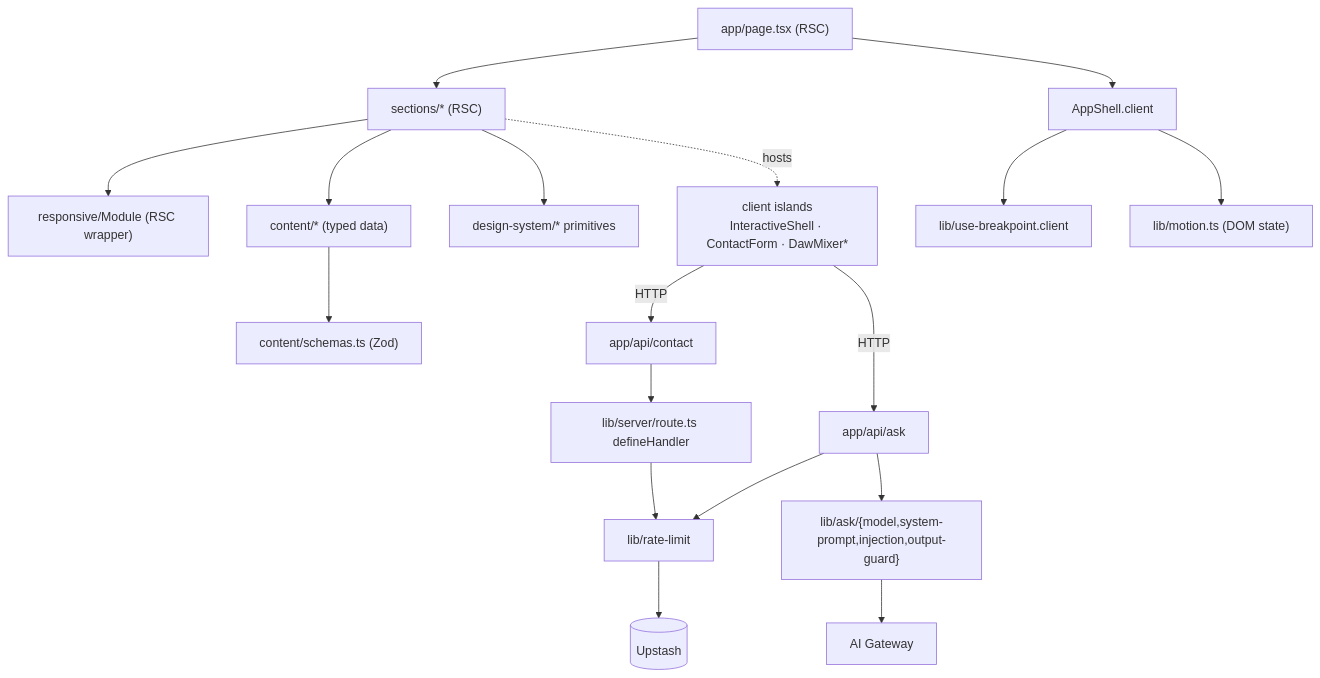
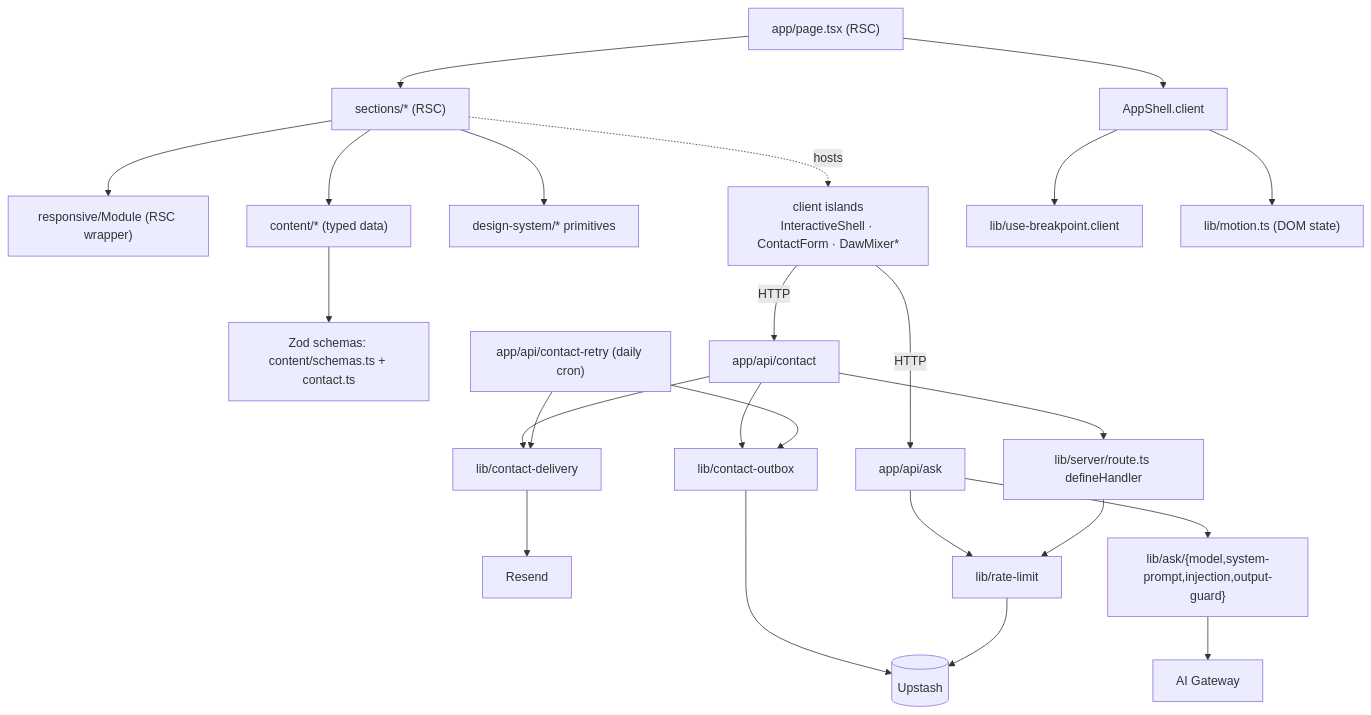
The third of 3 diagrams in docs/01-architecture.md (erikunha/portfolio), drawn with Mermaid before and after one commit. The commit also changed other lines of this file and 21 other files, not shown here.

First line of the commit message:
feat(contact): honest delivery result and daily outbox retry

````diff
--- a/docs/01-architecture.md
+++ b/docs/01-architecture.md
@@ -92,20 +92,26 @@
 ```mermaid
 flowchart TD
     page["app/page.tsx (RSC)"] --> shell["AppShell.client"]
     page --> sectionN["sections/* (RSC)"]
     sectionN --> module["responsive/Module (RSC wrapper)"]
     sectionN --> content["content/* (typed data)"]
     sectionN --> dsprim["design-system/* primitives"]
     sectionN -. hosts .-> island["client islands<br/>InteractiveShell · ContactForm · DawMixer*"]
-    content --> schemas["content/schemas.ts (Zod)"]
+    content --> schemas["Zod schemas: content/schemas.ts + contact.ts"]
     island -->|HTTP| apiask["app/api/ask"]
     island -->|HTTP| apicontact["app/api/contact"]
     apicontact --> defh["lib/server/route.ts defineHandler"]
+    apicontact --> delivery["lib/contact-delivery"]
+    apicontact --> outbox["lib/contact-outbox"]
+    retry["app/api/contact-retry (daily cron)"] --> delivery
+    retry --> outbox
+    outbox --> redis
+    delivery --> resend["Resend"]
     apiask --> rl["lib/rate-limit"]
     apiask --> askmod["lib/ask/{model,system-prompt,injection,output-guard}"]
     defh --> rl
     rl --> redis[("Upstash")]
     askmod --> gw["AI Gateway"]
     shell --> bp["lib/use-breakpoint.client"]
     shell --> motion["lib/motion.ts (DOM state)"]
 ```
````
